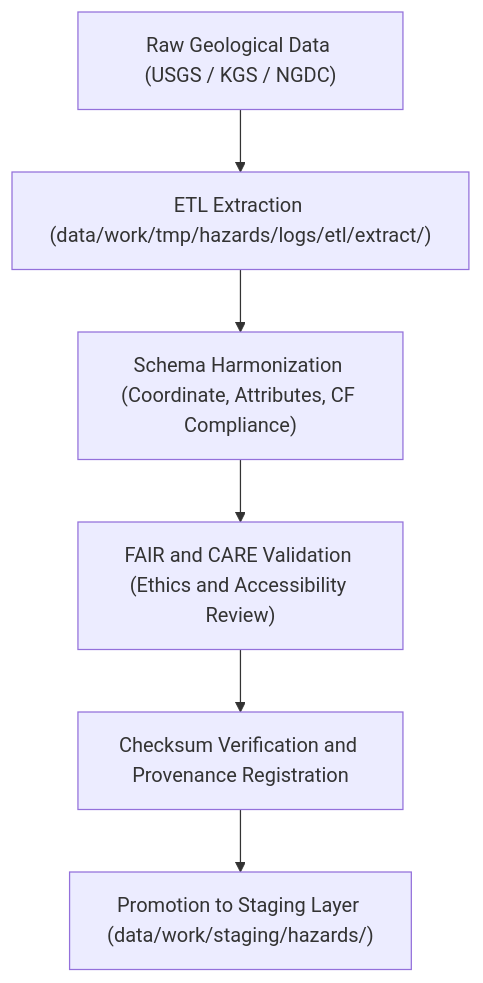
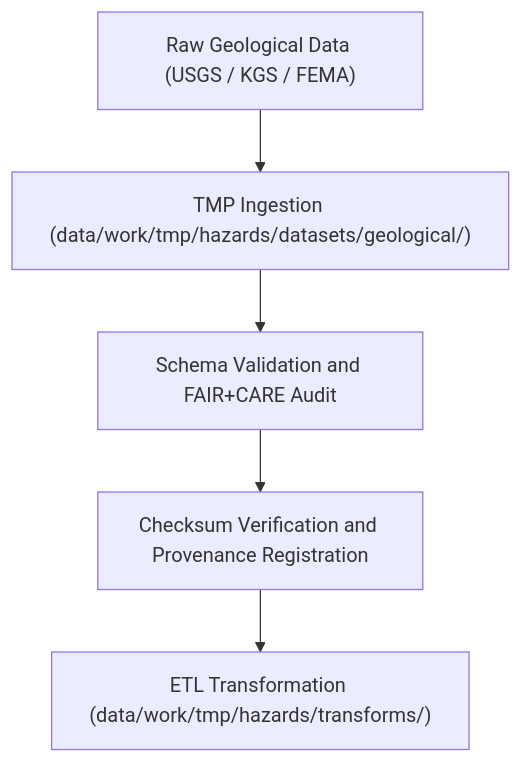
Before and after one commit to bartytime4life/Kansas-Frontier-Matrix: the diagram in data/work/tmp/hazards/datasets/geological/README.md, drawn with Mermaid. The commit also changed other lines of this file, not shown here.

````diff
--- a/data/work/tmp/hazards/datasets/geological/README.md
+++ b/data/work/tmp/hazards/datasets/geological/README.md
@@ -68,8 +63,7 @@
 ```mermaid
 flowchart TD
-    A["Raw Geological Data (USGS / KGS / NGDC)"] --> B["ETL Extraction (data/work/tmp/hazards/logs/etl/extract/)"]
-    B --> C["Schema Harmonization (Coordinate, Attributes, CF Compliance)"]
-    C --> D["FAIR and CARE Validation (Ethics and Accessibility Review)"]
-    D --> E["Checksum Verification and Provenance Registration"]
-    E --> F["Promotion to Staging Layer (data/work/staging/hazards/)"]
+    A["Raw Geological Data (USGS / KGS / FEMA)"] --> B["TMP Ingestion (data/work/tmp/hazards/datasets/geological/)"]
+    B --> C["Schema Validation and FAIR+CARE Audit"]
+    C --> D["Checksum Verification and Provenance Registration"]
+    D --> E["ETL Transformation (data/work/tmp/hazards/transforms/)"]
 ```
````
